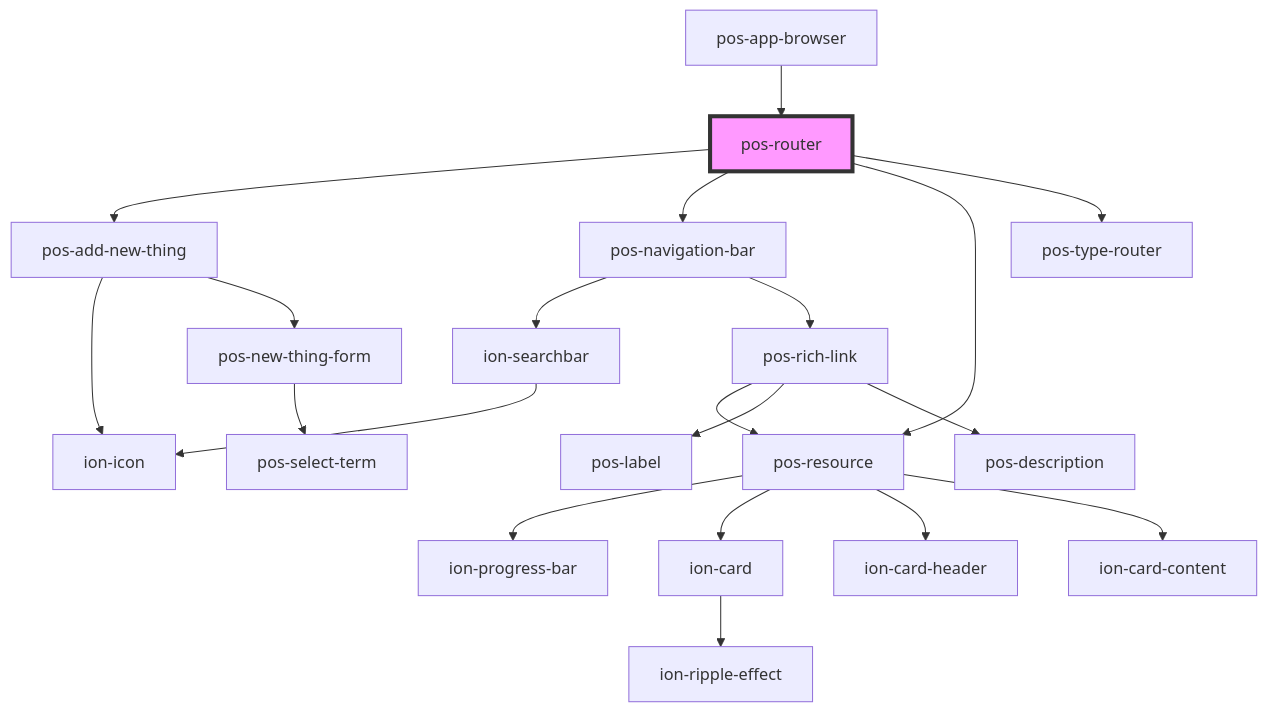
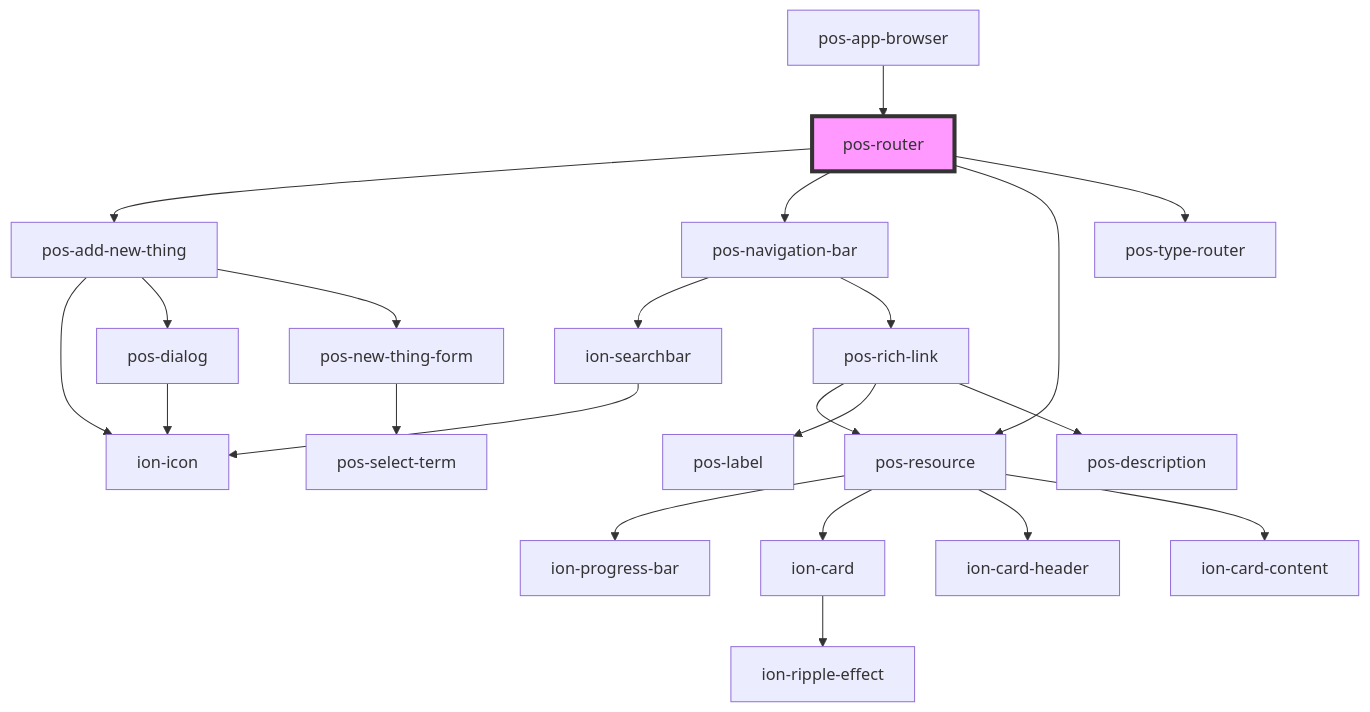
The diagram in docs/elements/components/pos-router/readme.md (pod-os/PodOS), drawn with Mermaid before and after one commit. The commit also changed 4 other files, not shown here.

````diff
--- a/docs/elements/components/pos-router/readme.md
+++ b/docs/elements/components/pos-router/readme.md
@@ -22,23 +22,25 @@
 ```mermaid
 graph TD;
   pos-router --> pos-add-new-thing
   pos-router --> pos-navigation-bar
   pos-router --> pos-resource
   pos-router --> pos-type-router
   pos-add-new-thing --> ion-icon
+  pos-add-new-thing --> pos-dialog
   pos-add-new-thing --> pos-new-thing-form
+  pos-dialog --> ion-icon
   pos-new-thing-form --> pos-select-term
   pos-navigation-bar --> ion-searchbar
   pos-navigation-bar --> pos-rich-link
   ion-searchbar --> ion-icon
   pos-rich-link --> pos-resource
   pos-rich-link --> pos-label
   pos-rich-link --> pos-description
   pos-resource --> ion-progress-bar
   pos-resource --> ion-card
   pos-resource --> ion-card-header
   pos-resource --> ion-card-content
   ion-card --> ion-ripple-effect
   pos-app-browser --> pos-router
   style pos-router fill:#f9f,stroke:#333,stroke-width:4px
 ```
````
